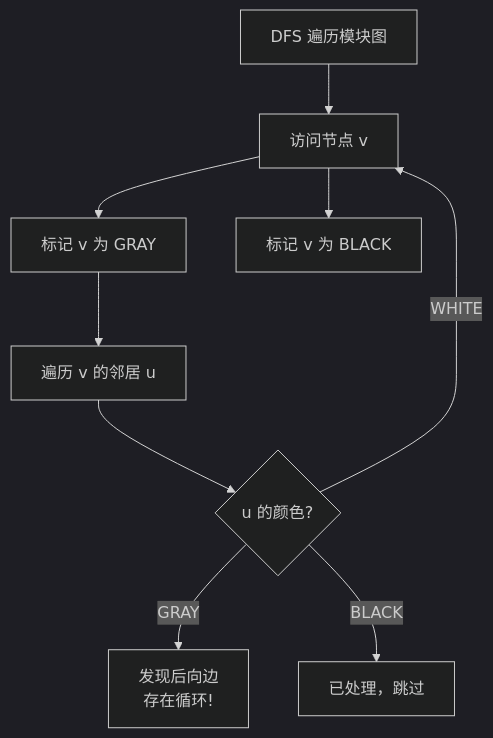
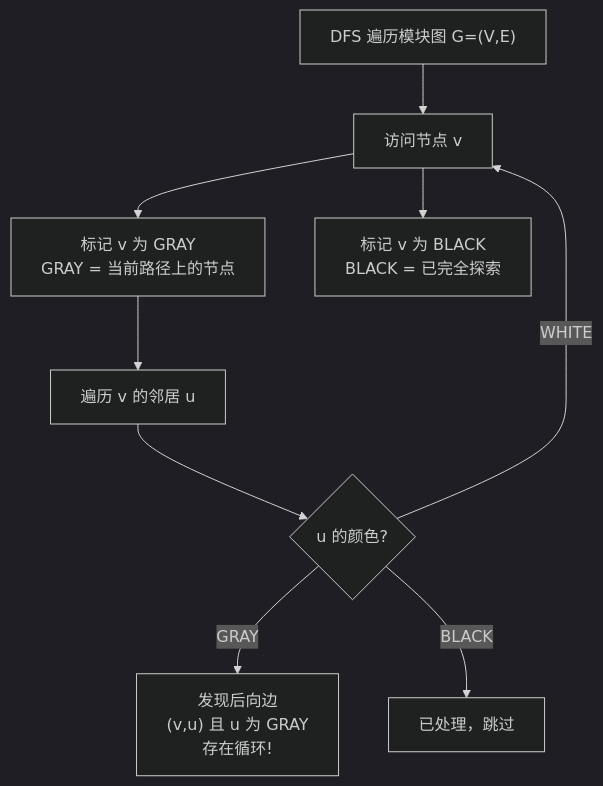
The fourth of 6 diagrams in 10-fundamentals/10.4-module-system/code-examples/06-cyclic-dependencies.md (AdaMartin18010/JavaScriptTypeScript), drawn with Mermaid (dark theme) before and after one commit. The commit also changed other lines of this file and 217 other files, not shown here.

````diff
--- a/10-fundamentals/10.4-module-system/code-examples/06-cyclic-dependencies.md
+++ b/10-fundamentals/10.4-module-system/code-examples/06-cyclic-dependencies.md
@@ -345,11 +1223,11 @@
 ```mermaid
 graph TD
-    Start["DFS 遍历模块图"] --> Visit["访问节点 v"]
-    Visit --> MarkGray["标记 v 为 GRAY"]
+    Start["DFS 遍历模块图 G=(V,E)"] --> Visit["访问节点 v"]
+    Visit --> MarkGray["标记 v 为 GRAY<br/>GRAY = 当前路径上的节点"]
     MarkGray --> VisitNeighbors["遍历 v 的邻居 u"]
     VisitNeighbors --> CheckColor{"u 的颜色?"}
     CheckColor -->|WHITE| Visit
-    CheckColor -->|GRAY| CycleFound["发现后向边<br/>存在循环!"]
+    CheckColor -->|GRAY| CycleFound["发现后向边<br/>(v,u) 且 u 为 GRAY<br/>存在循环!"]
     CheckColor -->|BLACK| Skip["已处理，跳过"]
-    Visit --> MarkBlack["标记 v 为 BLACK"]
+    Visit --> MarkBlack["标记 v 为 BLACK<br/>BLACK = 已完全探索"]
 ```
````
